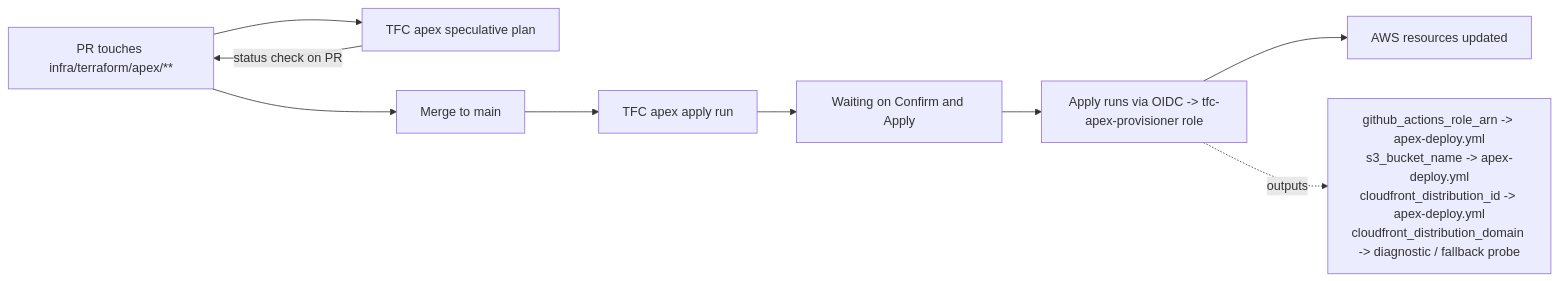
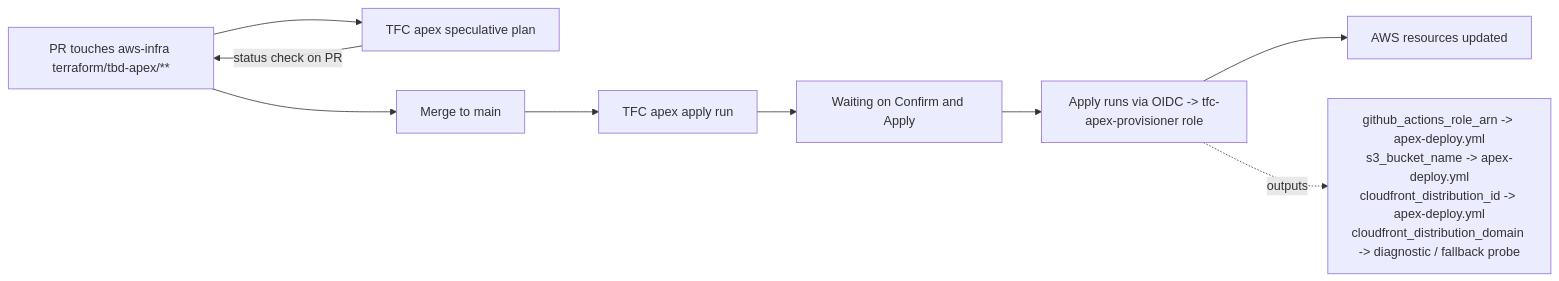
The sixth of 8 diagrams in docs/operations/DEPLOYMENT.md (fjcloudaiconsulting/tbd), drawn with Mermaid before and after one commit. The commit also changed other lines of this file and 31 other files, not shown here.

First line of the commit message:
chore(infra): move backups and apex Terraform to aws-infra (INFRA-18, INFRA-19)

````diff
--- a/docs/operations/DEPLOYMENT.md
+++ b/docs/operations/DEPLOYMENT.md
@@ -647,11 +647,11 @@
 ```mermaid
 flowchart LR
-  pr[PR touches infra/terraform/apex/**] --> tfcsp[TFC apex speculative plan]
+  pr[PR touches aws-infra terraform/tbd-apex/**] --> tfcsp[TFC apex speculative plan]
   tfcsp -->|status check on PR| pr
   pr --> merge[Merge to main]
   merge --> tfcapp[TFC apex apply run]
   tfcapp --> hold[Waiting on Confirm and Apply]
   hold --> apply[Apply runs via OIDC -> tfc-apex-provisioner role]
   apply --> done[AWS resources updated]
   apply -.->|outputs| consumers[github_actions_role_arn -> apex-deploy.yml<br/>s3_bucket_name -> apex-deploy.yml<br/>cloudfront_distribution_id -> apex-deploy.yml<br/>cloudfront_distribution_domain -> diagnostic / fallback probe]
 ```
````
